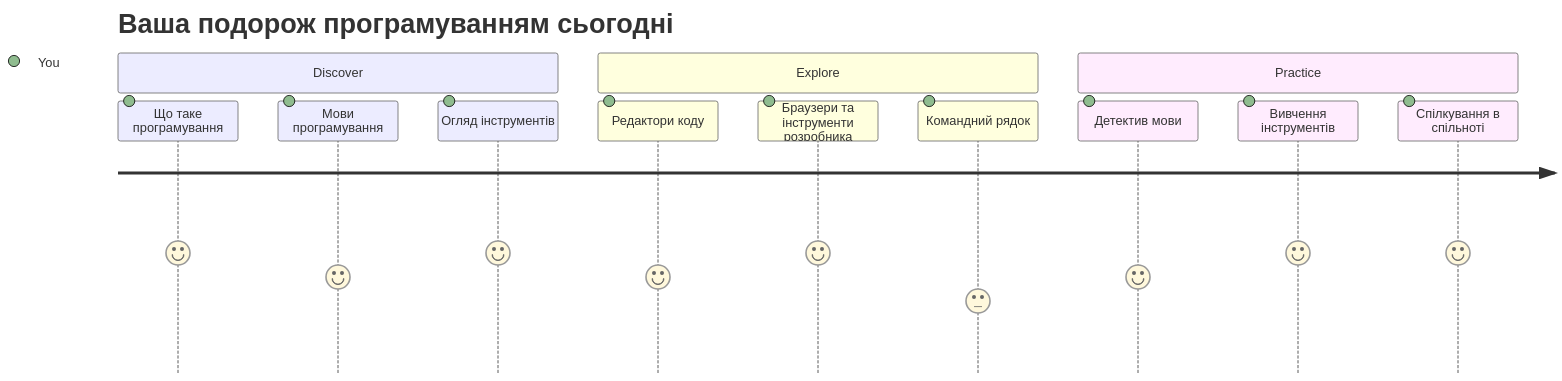
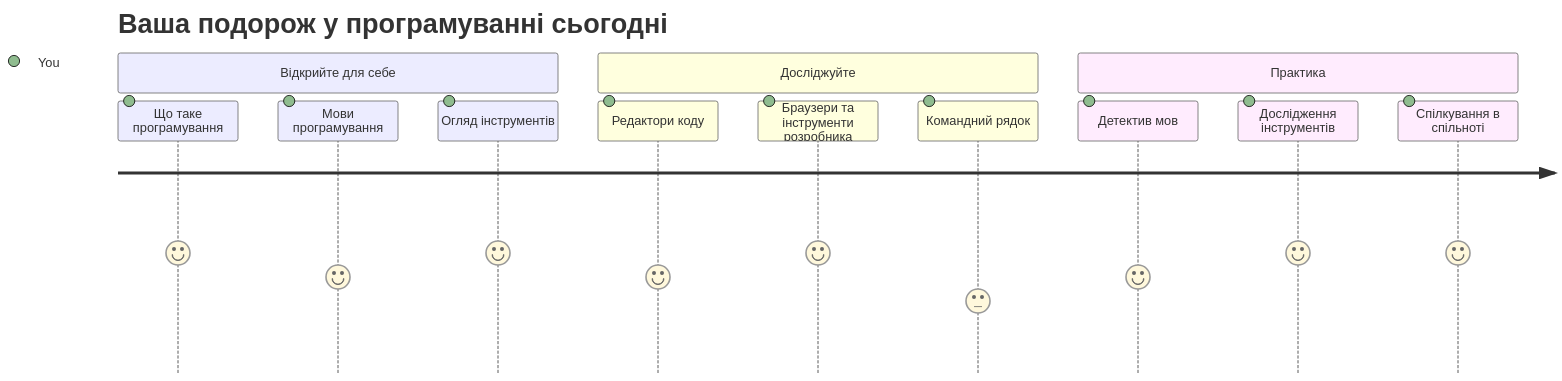
One commit to microsoft/Web-Dev-For-Beginners changed the first of 7 diagrams in translations/uk/1-getting-started-lessons/1-intro-to-programming-languages/README.md. Above: the diagram before and after it, drawn with Mermaid. The commit also changed other lines of this file and 8 other files, not shown here.

````diff
--- a/translations/uk/1-getting-started-lessons/1-intro-to-programming-languages/README.md
+++ b/translations/uk/1-getting-started-lessons/1-intro-to-programming-languages/README.md
@@ -14,16 +14,16 @@
 ```mermaid
 journey
-    title Ваша подорож програмуванням сьогодні
-    section Discover
+    title Ваша подорож у програмуванні сьогодні
+    section Відкрийте для себе
       Що таке програмування: 5: You
       Мови програмування: 4: You
       Огляд інструментів: 5: You
-    section Explore
+    section Досліджуйте
       Редактори коду: 4: You
       Браузери та інструменти розробника: 5: You
       Командний рядок: 3: You
-    section Practice
-      Детектив мови: 4: You
-      Вивчення інструментів: 5: You
+    section Практика
+      Детектив мов: 4: You
+      Дослідження інструментів: 5: You
       Спілкування в спільноті: 5: You
 ```
````
